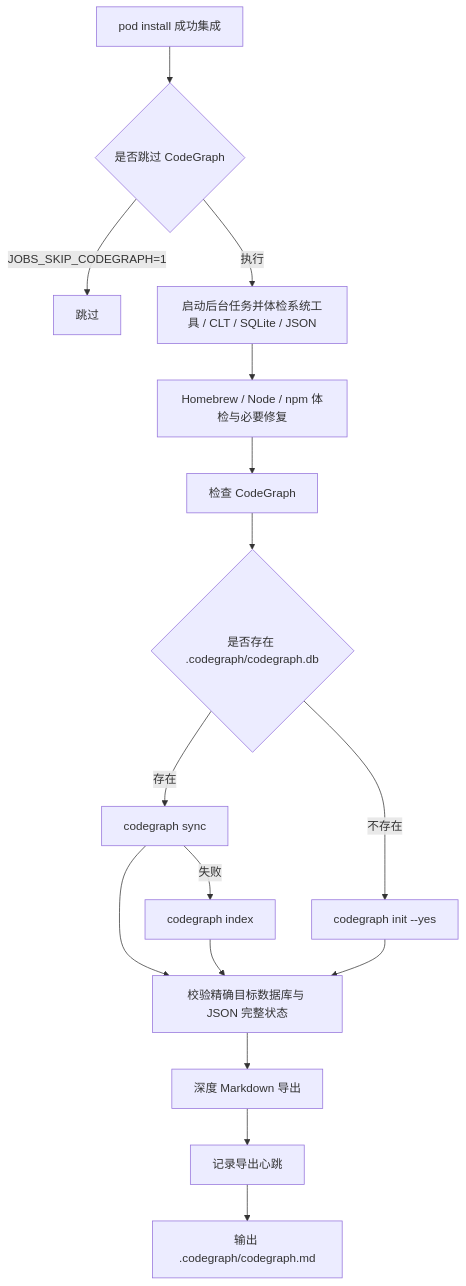
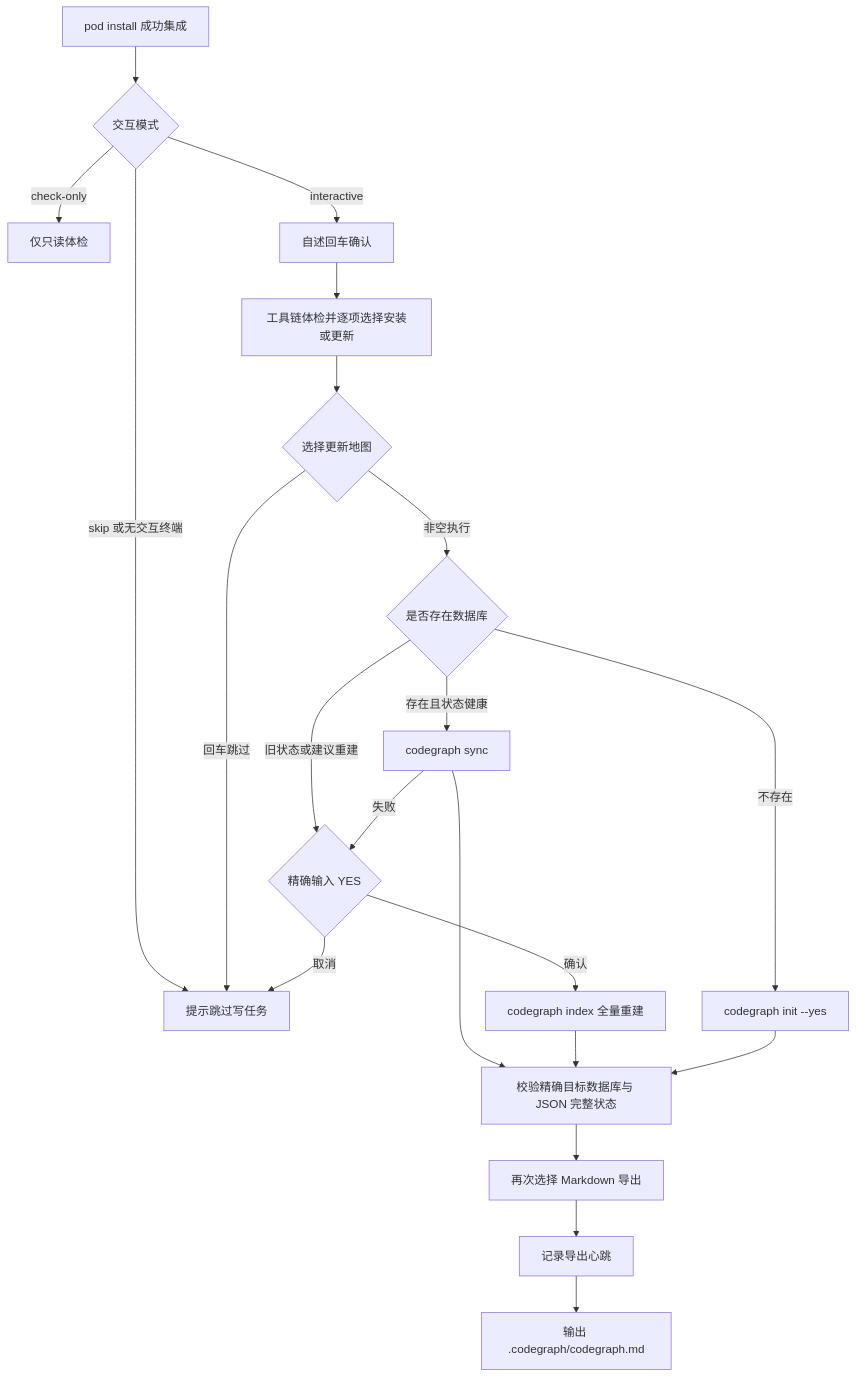
Before and after one commit to JobsKits/JobsOCBaseConfigDemo: the diagram in ScriptsByPods/codegraph_init.command/README.md, drawn with Mermaid. The commit also changed other lines of this file and 18 other files, not shown here.

````diff
--- a/ScriptsByPods/codegraph_init.command/README.md
+++ b/ScriptsByPods/codegraph_init.command/README.md
@@ -50,18 +50,23 @@
 ```mermaid
 flowchart TD
-  A[pod install 成功集成] --> B{是否跳过 CodeGraph}
-  B -->|JOBS_SKIP_CODEGRAPH=1| C[跳过]
-  B -->|执行| D[启动后台任务并体检系统工具 / CLT / SQLite / JSON]
-  D --> E[Homebrew / Node / npm 体检与必要修复]
-  E --> F[检查 CodeGraph]
-  F --> G{是否存在 .codegraph/codegraph.db}
-  G -->|存在| H[codegraph sync]
-  H -->|失败| I[codegraph index]
+  A[pod install 成功集成] --> B{交互模式}
+  B -->|skip 或无交互终端| C[提示跳过写任务]
+  B -->|check-only| R[仅只读体检]
+  B -->|interactive| D[自述回车确认]
+  D --> E[工具链体检并逐项选择安装或更新]
+  E --> F{选择更新地图}
+  F -->|回车跳过| C
+  F -->|非空执行| G{是否存在数据库}
+  G -->|存在且状态健康| H[codegraph sync]
+  G -->|旧状态或建议重建| Y{精确输入 YES}
+  H -->|失败| Y
+  Y -->|确认| I[codegraph index 全量重建]
+  Y -->|取消| C
   G -->|不存在| J[codegraph init --yes]
   H --> V[校验精确目标数据库与 JSON 完整状态]
   I --> V
   J --> V
-  V --> K[深度 Markdown 导出]
+  V --> K[再次选择 Markdown 导出]
   K --> L[记录导出心跳]
   L --> M[输出 .codegraph/codegraph.md]
 ```
````
